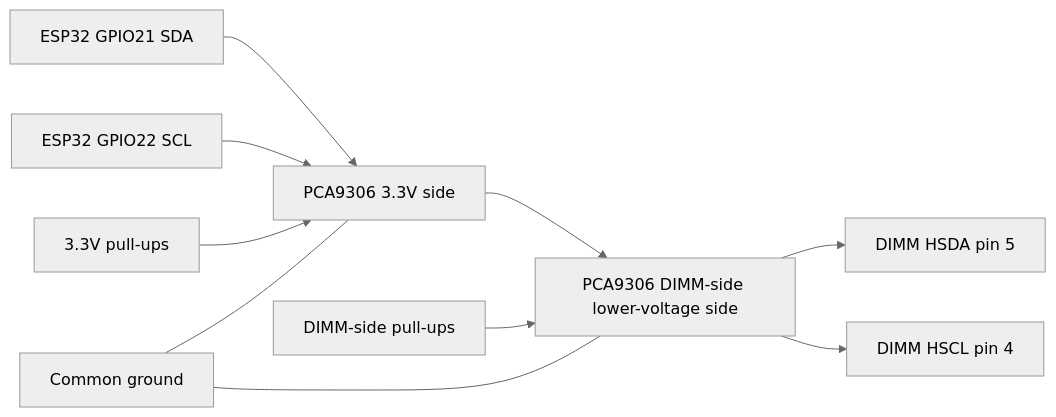
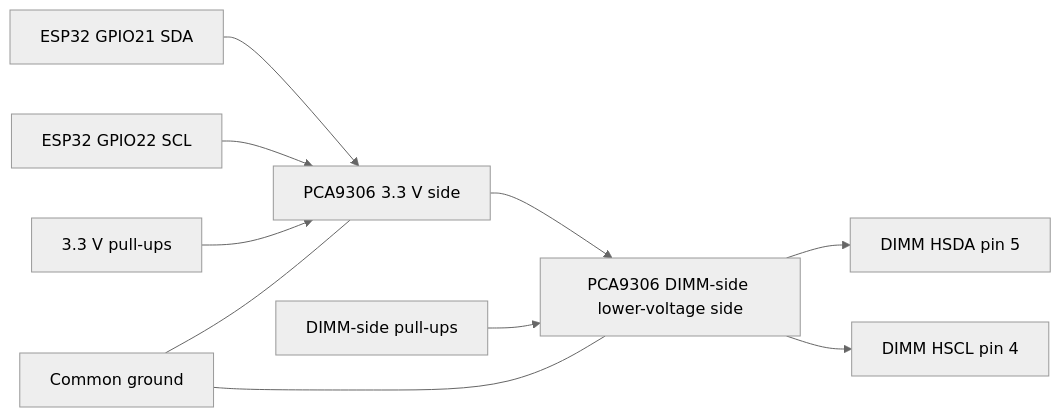
Before and after one commit to djchumpguy/ddr5-spd-diagnostic: the third of 3 diagrams in docs/09-wiring-diagram.md, drawn with Mermaid (neutral theme). The commit also changed other lines of this file, not shown here.

Commit message:
Update wiring diagram formatting and labels

````diff
--- a/docs/09-wiring-diagram.md
+++ b/docs/09-wiring-diagram.md
@@ -110,14 +102,14 @@
 ```mermaid
 flowchart LR
-    GPIO21[ESP32 GPIO21 SDA] --> PCA3V[PCA9306 3.3V side]
-    GPIO22[ESP32 GPIO22 SCL] --> PCA3V
+    GPIO21["ESP32 GPIO21 SDA"] --> PCA3V["PCA9306 3.3 V side"]
+    GPIO22["ESP32 GPIO22 SCL"] --> PCA3V
 
-    PCA3V --> PCADIMM[PCA9306 DIMM-side lower-voltage side]
-    PCADIMM --> HSDA[DIMM HSDA pin 5]
-    PCADIMM --> HSCL[DIMM HSCL pin 4]
+    PCA3V --> PCADIMM["PCA9306 DIMM-side lower-voltage side"]
+    PCADIMM --> HSDA["DIMM HSDA pin 5"]
+    PCADIMM --> HSCL["DIMM HSCL pin 4"]
 
-    V33[3.3V pull-ups] --> PCA3V
-    VDIMM[DIMM-side pull-ups] --> PCADIMM
-    GND[Common ground] --- PCA3V
+    V33["3.3 V pull-ups"] --> PCA3V
+    VDIMM["DIMM-side pull-ups"] --> PCADIMM
+    GND["Common ground"] --- PCA3V
     GND --- PCADIMM
 ```
````
